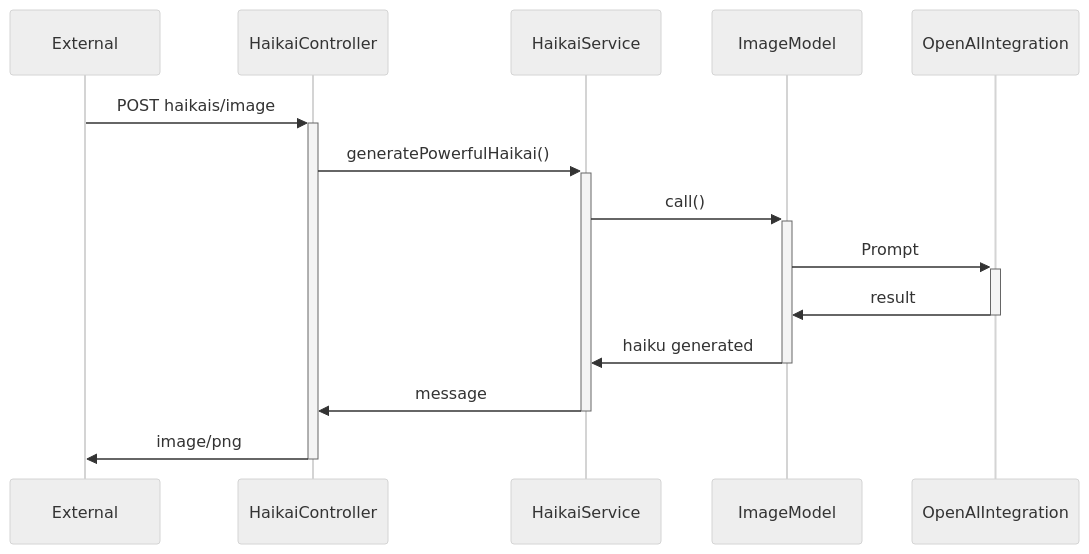
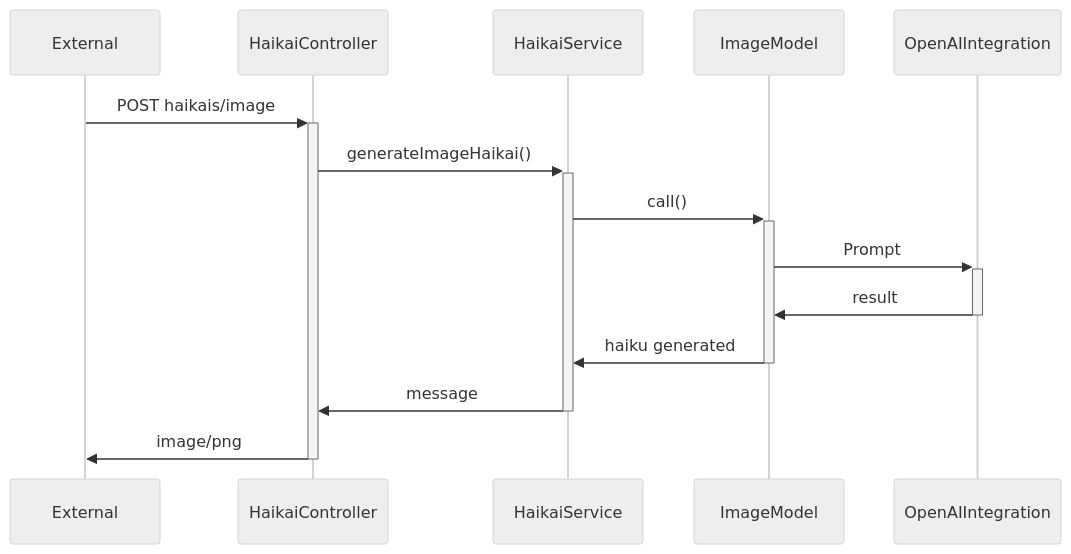
The third of 5 diagrams in article/article.md (ortolanph/haikAI), drawn with Mermaid (neutral theme) before and after one commit. The commit also changed other lines of this file and 8 other files, not shown here.

Commit message:
changes to the article and adding diagram pictures

````diff
--- a/article/article.md
+++ b/article/article.md
@@ -264,11 +264,11 @@
 ```mermaid
 sequenceDiagram
     External ->>+ HaikaiController: POST haikais/image
-    HaikaiController ->>+ HaikaiService: generatePowerfulHaikai()
+    HaikaiController ->>+ HaikaiService: generateImageHaikai()
     HaikaiService ->>+ ImageModel: call()
     ImageModel ->>+ OpenAIIntegration: Prompt
     OpenAIIntegration ->>- ImageModel: result
     ImageModel ->>- HaikaiService: haiku generated
     HaikaiService ->>- HaikaiController: message
     HaikaiController ->>- External: image/png
 ```
````
